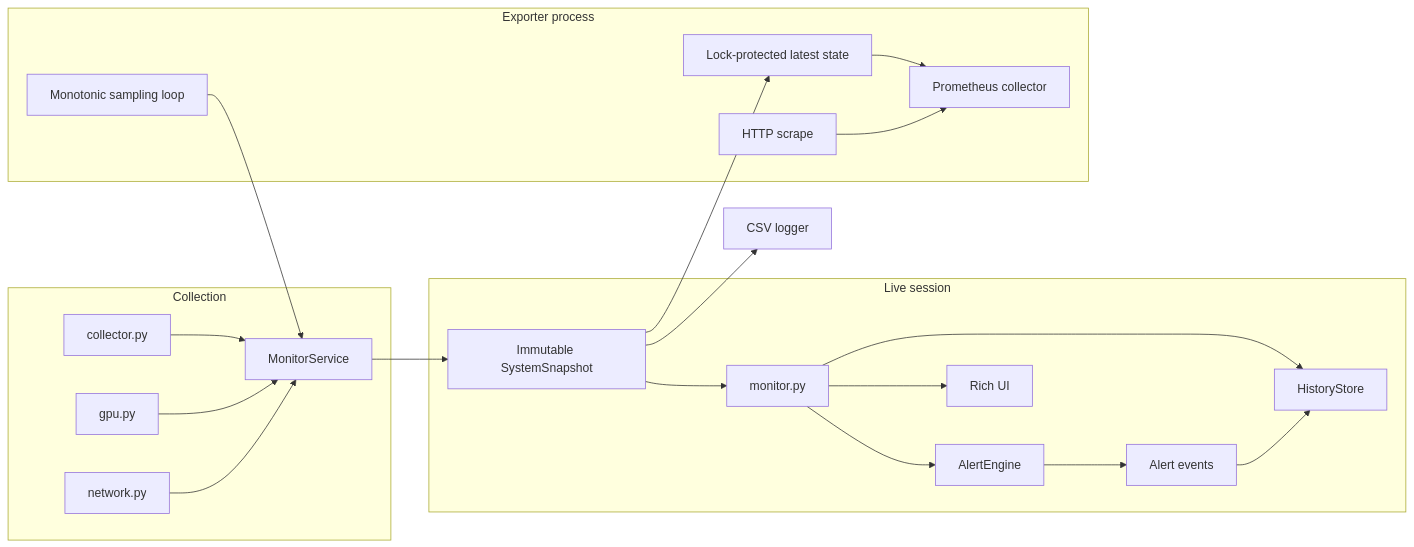
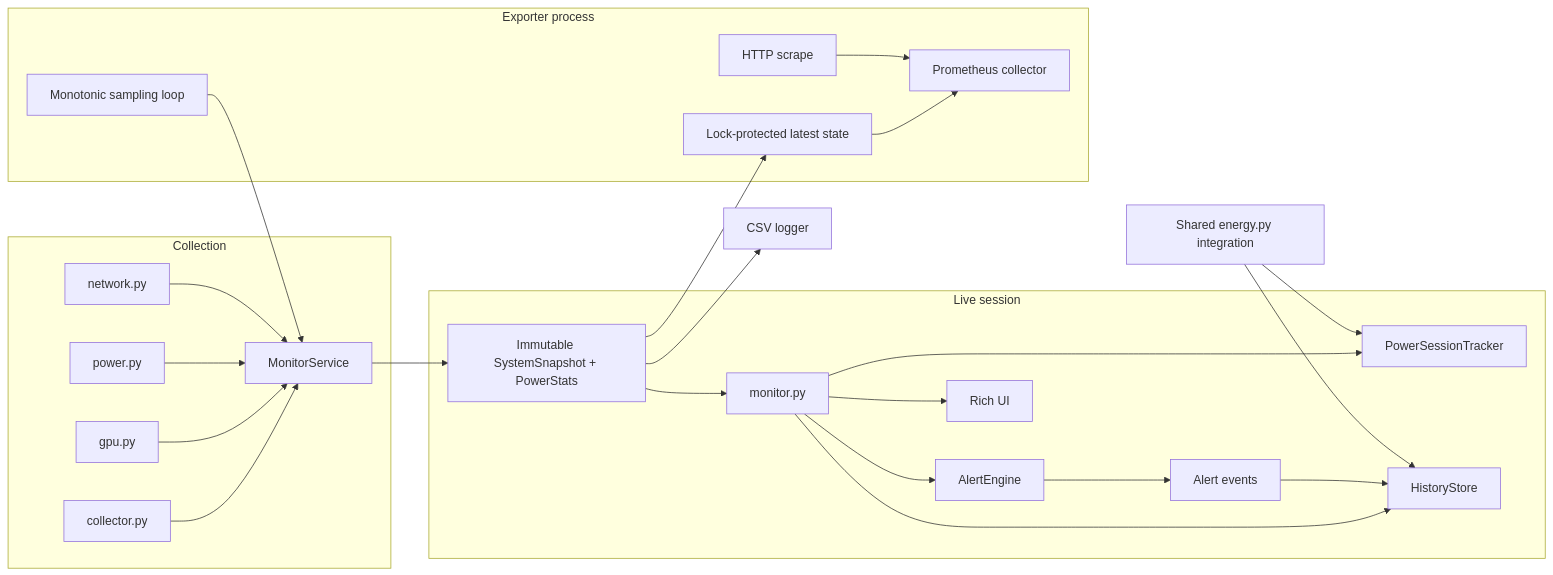
One commit to guptaoni891-ctrl/systempulse changed the diagram in docs/architecture.md. Above: the diagram before and after it, drawn with Mermaid. The commit also changed other lines of this file and 5 other files, not shown here.

````diff
--- a/docs/architecture.md
+++ b/docs/architecture.md
@@ -7,32 +7,37 @@
 ```mermaid
 flowchart LR
     subgraph Collection
         Core[collector.py]
         GPU[gpu.py]
+        Power[power.py]
         Net[network.py]
         Service[MonitorService]
         Core --> Service
         GPU --> Service
+        Power --> Service
         Net --> Service
     end
 
-    Service --> Snapshot[Immutable SystemSnapshot]
+    Service --> Snapshot[Immutable SystemSnapshot + PowerStats]
 
     subgraph Live session
         Snapshot --> Monitor[monitor.py]
         Monitor --> Alerts[AlertEngine]
+        Monitor --> Session[PowerSessionTracker]
         Monitor --> UI[Rich UI]
         Monitor --> History[HistoryStore]
         Alerts --> Events[Alert events]
         Events --> History
     end
 
     Snapshot --> CSV[CSV logger]
+    Energy[Shared energy.py integration] --> Session
+    Energy --> History
 
     subgraph Exporter process
         Sampler[Monotonic sampling loop] --> Service
         Snapshot --> Latest[Lock-protected latest state]
         Latest --> Collector[Prometheus collector]
         Scrape[HTTP scrape] --> Collector
     end
 ```
````
